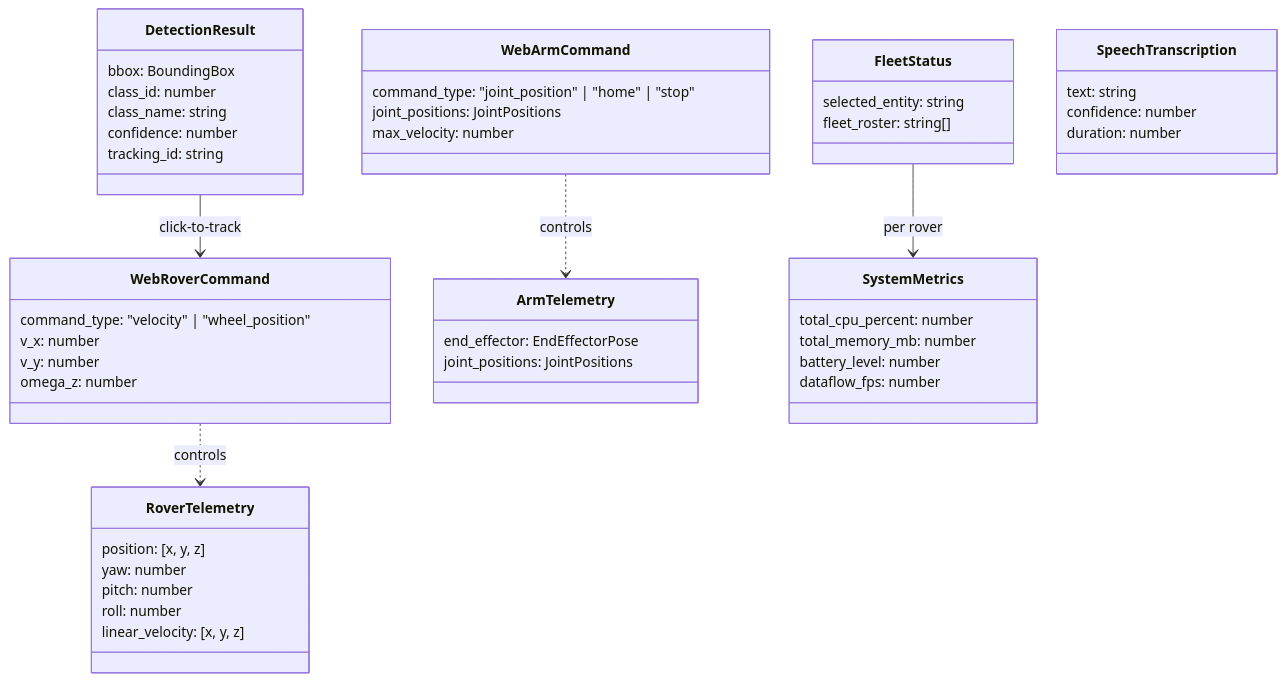
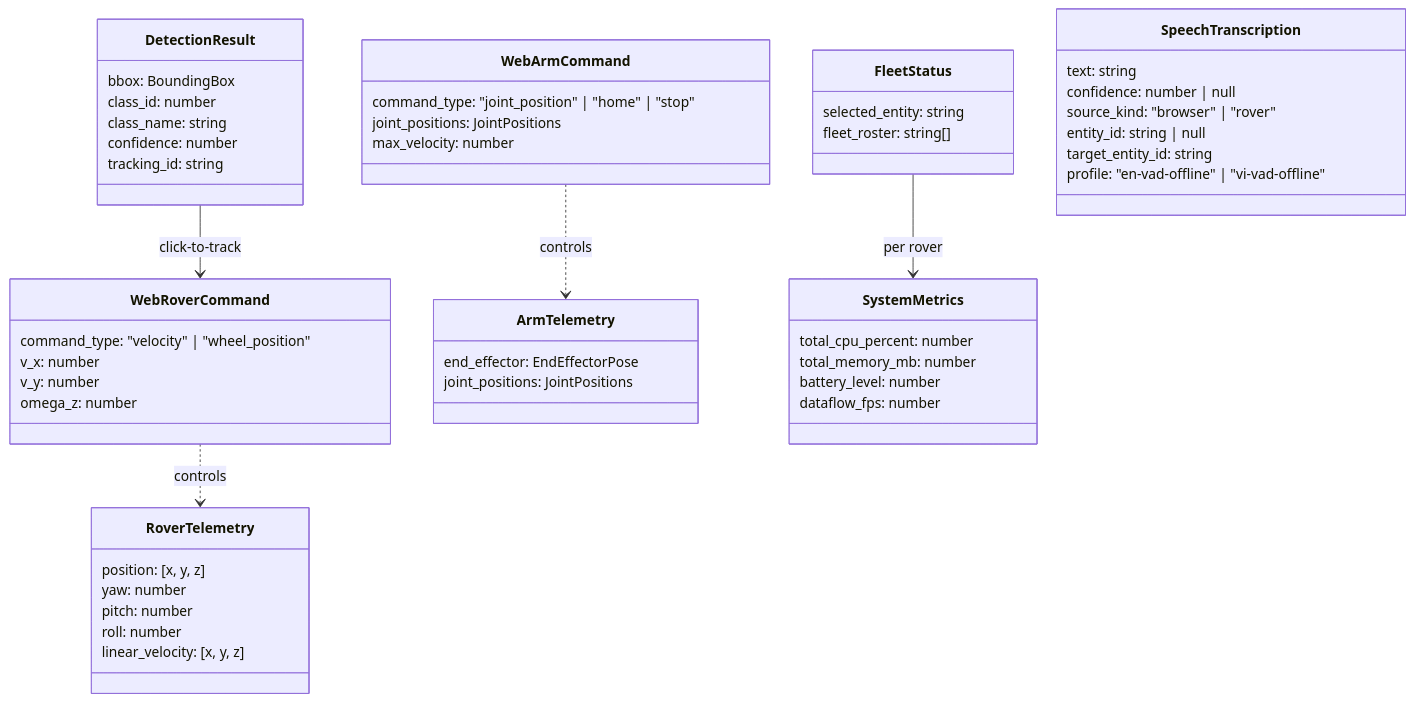
The ninth of 12 diagrams in docs/architecture.md (loidinhm31/robo-control-app), drawn with Mermaid before and after one commit. The commit also changed other lines of this file and 5 other files, not shown here.

````diff
--- a/docs/architecture.md
+++ b/docs/architecture.md
@@ -340,59 +353,62 @@
 ```mermaid
 classDiagram
     class WebRoverCommand {
         command_type: "velocity" | "wheel_position"
         v_x: number
         v_y: number
         omega_z: number
     }
 
     class WebArmCommand {
         command_type: "joint_position" | "home" | "stop"
         joint_positions: JointPositions
         max_velocity: number
     }
 
     class RoverTelemetry {
         position: [x, y, z]
         yaw: number
         pitch: number
         roll: number
         linear_velocity: [x, y, z]
     }
 
     class ArmTelemetry {
         end_effector: EndEffectorPose
         joint_positions: JointPositions
     }
 
     class DetectionResult {
         bbox: BoundingBox
         class_id: number
         class_name: string
         confidence: number
         tracking_id: string
     }
 
     class FleetStatus {
         selected_entity: string
         fleet_roster: string[]
     }
 
     class SystemMetrics {
         total_cpu_percent: number
         total_memory_mb: number
         battery_level: number
         dataflow_fps: number
     }
 
     class SpeechTranscription {
         text: string
-        confidence: number
-        duration: number
+        confidence: number | null
+        source_kind: "browser" | "rover"
+        entity_id: string | null
+        target_entity_id: string
+        profile: "en-vad-offline" | "vi-vad-offline"
     }
 
     WebRoverCommand ..> RoverTelemetry : controls
     WebArmCommand ..> ArmTelemetry : controls
     FleetStatus --> SystemMetrics : per rover
     DetectionResult --> WebRoverCommand : click-to-track
 ```
````
